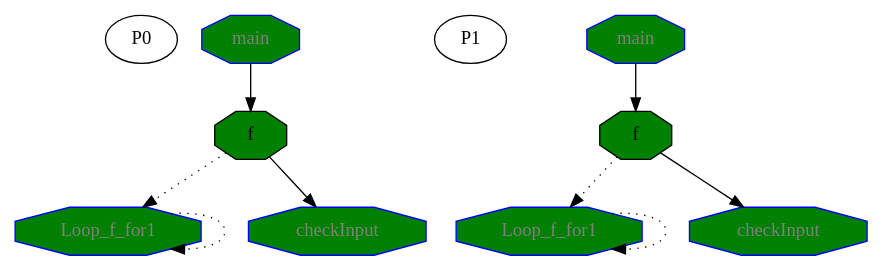
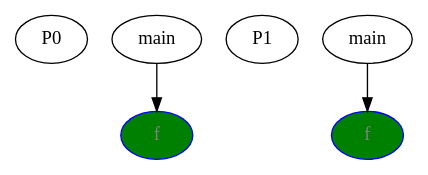
The diagram in rv_out.gv (smaorus/rvt), drawn with Graphviz before and after one commit. The commit also changed 243 other files, not shown here.

```diff
--- a/rv_out.gv
+++ b/rv_out.gv
@@ -1,34 +1,20 @@
 digraph G{
 subgraph G0{ 
 side0[label = P0]
 node[color = black];
-Loop_f_for10[label = "Loop_f_for1",fontcolor = "grey"];
-checkInput0[label = "checkInput",fontcolor = "grey"];
-main0[label = "main",fontcolor = "grey"];
-f0[label = "f",fontcolor = "black"];
-Loop_f_for10[shape = "octagon", color = "blue", style = "filled", fillcolor = "green"]
-checkInput0[shape = "octagon", color = "blue", style = "filled", fillcolor = "green"]
-main0[shape = "octagon", color = "blue", style = "filled", fillcolor = "green"]
-f0[shape = "octagon",  style = "filled", fillcolor = "green"]
-Loop_f_for10->Loop_f_for10[style = dotted]
-f0->Loop_f_for10[style = dotted]
-f0->checkInput0
+main0[label = "main",fontcolor = "black"];
+f0[label = "f",fontcolor = "grey"];
+main0[shape = "ellipse",  style = "filled", fillcolor = "white"]
+f0[shape = "ellipse", color = "blue", style = "filled", fillcolor = "green"]
 main0->f0
 }
 subgraph G1{ 
 side1[label = P1]
 node[color = black];
-Loop_f_for11[label = "Loop_f_for1",fontcolor = "grey"];
-checkInput1[label = "checkInput",fontcolor = "grey"];
-main1[label = "main",fontcolor = "grey"];
-f1[label = "f",fontcolor = "black"];
-Loop_f_for11[shape = "octagon", color = "blue", style = "filled", fillcolor = "green"]
-checkInput1[shape = "octagon", color = "blue", style = "filled", fillcolor = "green"]
-main1[shape = "octagon", color = "blue", style = "filled", fillcolor = "green"]
-f1[shape = "octagon",  style = "filled", fillcolor = "green"]
-Loop_f_for11->Loop_f_for11[style = dotted]
-f1->Loop_f_for11[style = dotted]
-f1->checkInput1
+main1[label = "main",fontcolor = "black"];
+f1[label = "f",fontcolor = "grey"];
+main1[shape = "ellipse",  style = "filled", fillcolor = "white"]
+f1[shape = "ellipse", color = "blue", style = "filled", fillcolor = "green"]
 main1->f1
 }
 }
```
